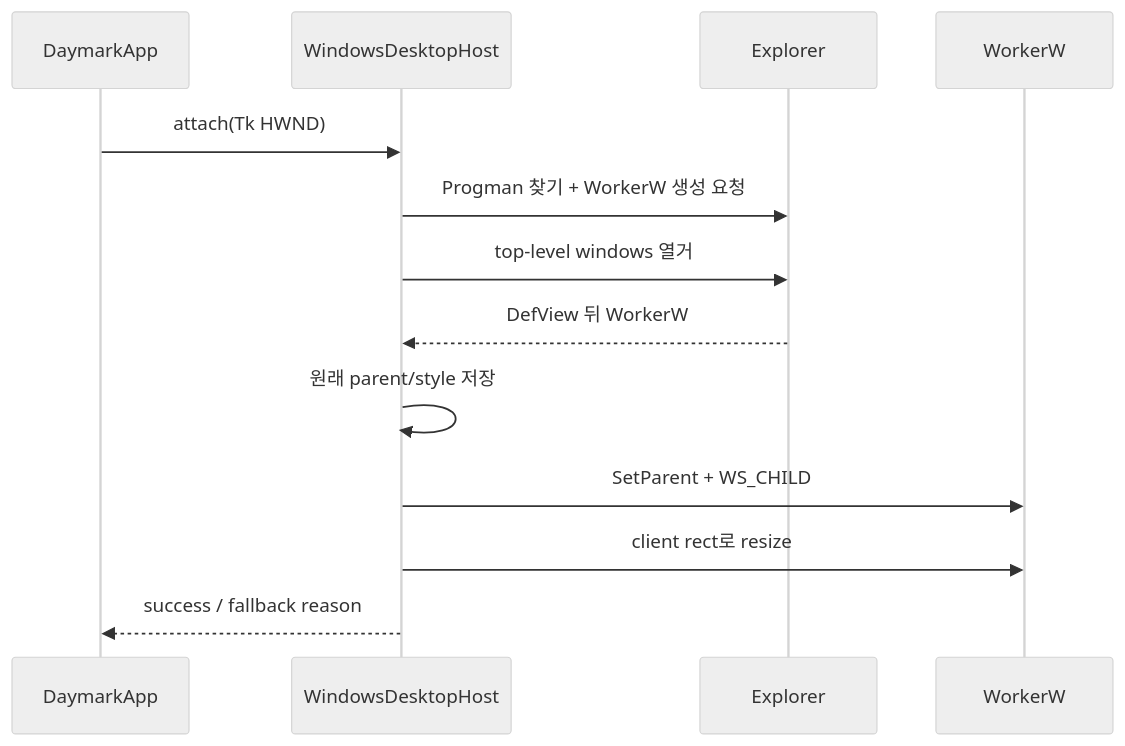
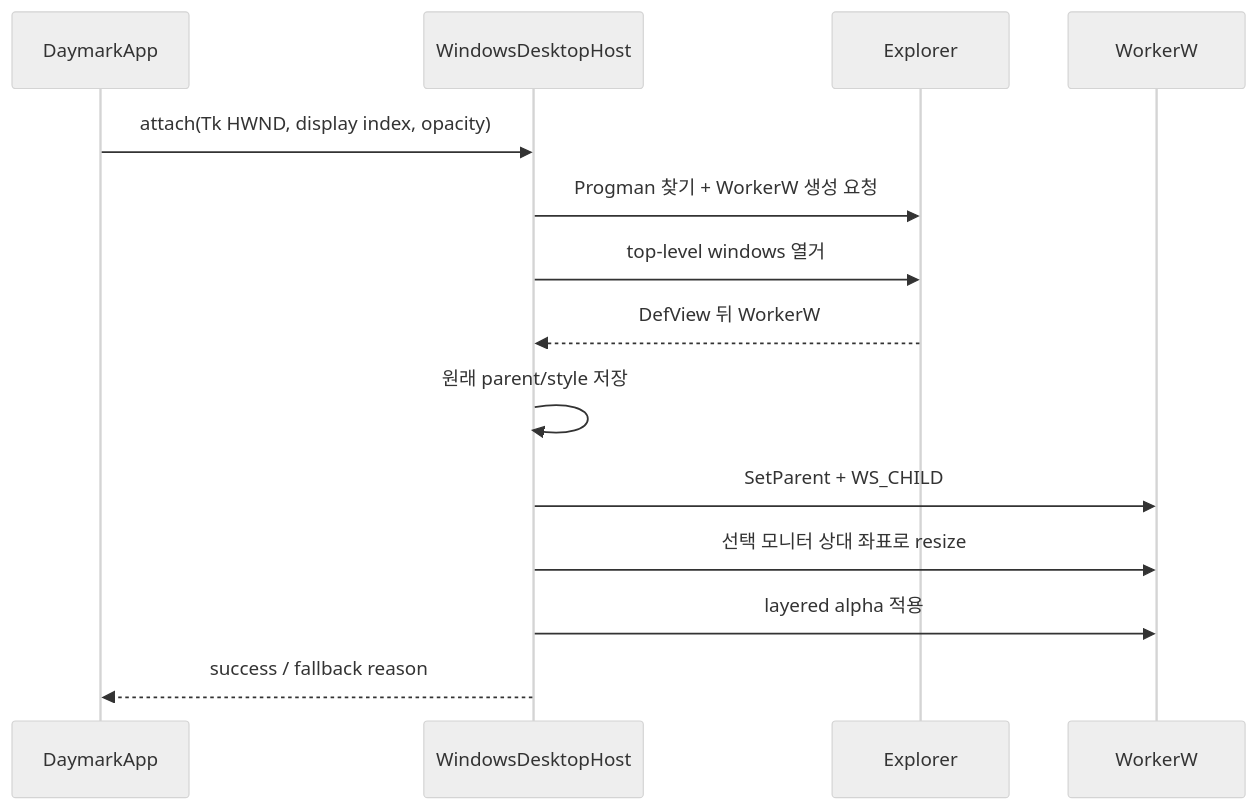
Before and after one commit to sngmng6506/calendar-memo: the second of 2 diagrams in docs/ARCHITECTURE.md, drawn with Mermaid (neutral theme). The commit also changed other lines of this file, not shown here.

Commit message:
docs: explain per-monitor WorkerW geometry and alpha

````diff
--- a/docs/ARCHITECTURE.md
+++ b/docs/ARCHITECTURE.md
@@ -74,16 +77,17 @@
 ```mermaid
 sequenceDiagram
     participant A as DaymarkApp
     participant H as WindowsDesktopHost
     participant E as Explorer
     participant W as WorkerW
 
-    A->>H: attach(Tk HWND)
+    A->>H: attach(Tk HWND, display index, opacity)
     H->>E: Progman 찾기 + WorkerW 생성 요청
     H->>E: top-level windows 열거
     E-->>H: DefView 뒤 WorkerW
     H->>H: 원래 parent/style 저장
     H->>W: SetParent + WS_CHILD
-    H->>W: client rect로 resize
+    H->>W: 선택 모니터 상대 좌표로 resize
+    H->>W: layered alpha 적용
     H-->>A: success / fallback reason
 ```
````
